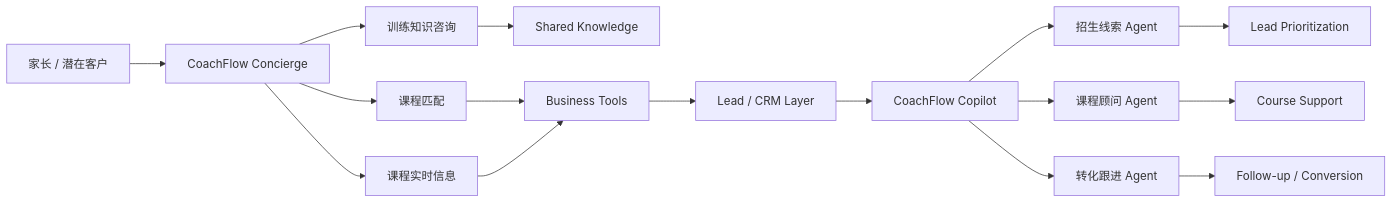
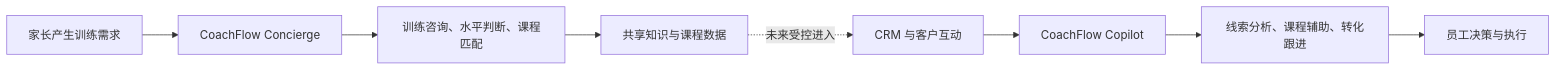
The first of 2 diagrams in README.md (zcheng0319-dot/CoachFlow-AI), drawn with Mermaid before and after one commit. The commit also changed other lines of this file, not shown here.

````diff
--- a/README.md
+++ b/README.md
@@ -32,18 +64,10 @@
 ```mermaid
 flowchart LR
-    A[家长 / 潜在客户] --> B[CoachFlow Concierge]
-    B --> C[训练知识咨询]
-    B --> D[课程匹配]
-    B --> E[课程实时信息]
-    C --> F[Shared Knowledge]
-    D --> G[Business Tools]
-    E --> G
-    G --> H[Lead / CRM Layer]
-    H --> I[CoachFlow Copilot]
-    I --> J[招生线索 Agent]
-    I --> K[课程顾问 Agent]
-    I --> L[转化跟进 Agent]
-    J --> M[Lead Prioritization]
-    K --> N[Course Support]
-    L --> O[Follow-up / Conversion]
+    A[家长产生训练需求] --> B[CoachFlow Concierge]
+    B --> C[训练咨询、水平判断、课程匹配]
+    C --> D[共享知识与课程数据]
+    D -. 未来受控进入 .-> E[CRM 与客户互动]
+    E --> F[CoachFlow Copilot]
+    F --> G[线索分析、课程辅助、转化跟进]
+    G --> H[员工决策与执行]
 ```
````
